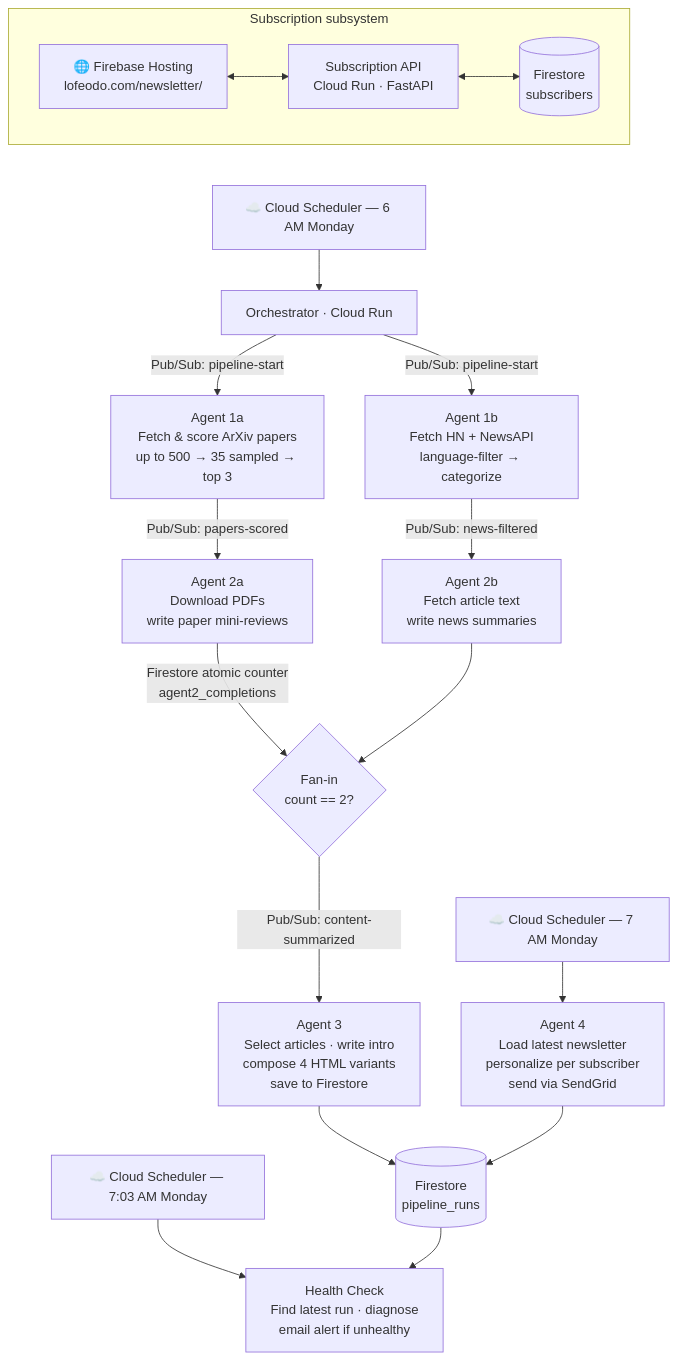
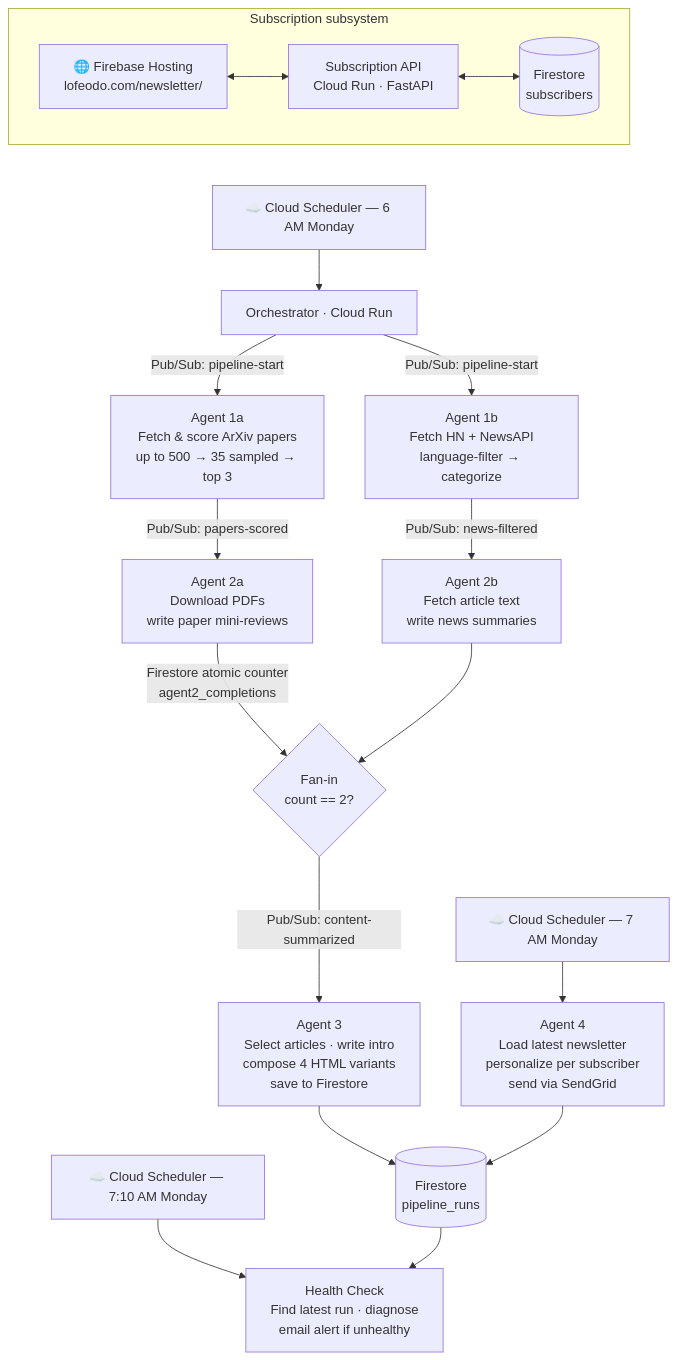
The diagram in README.md (lofeodo/ai-news-agent), drawn with Mermaid before and after one commit. The commit also changed other lines of this file and 2 other files, not shown here.

Commit message:
docs: correct health check schedule to 7:10 AM Monday
Was documented as 7:03 AM; actual Scheduler job runs at 7:10 AM.

````diff
--- a/README.md
+++ b/README.md
@@ -9,33 +9,33 @@
 ```mermaid
 flowchart TB
     subgraph SUB["Subscription subsystem"]
         direction LR
         FE["🌐 Firebase Hosting\nlofeodo.com/newsletter/"] <--> SUBS["Subscription API\nCloud Run · FastAPI"]
         SUBS <--> FSS[("Firestore\nsubscribers")]
     end
 
     SUB ~~~ CS1
 
     CS1["☁️ Cloud Scheduler — 6 AM Monday"] --> ORC["Orchestrator · Cloud Run"]
 
     ORC -->|"Pub/Sub: pipeline-start"| A1A["Agent 1a\nFetch & score ArXiv papers\nup to 500 → 35 sampled → top 3"]
     ORC -->|"Pub/Sub: pipeline-start"| A1B["Agent 1b\nFetch HN + NewsAPI\nlanguage-filter → categorize"]
 
     A1A -->|"Pub/Sub: papers-scored"| A2A["Agent 2a\nDownload PDFs\nwrite paper mini-reviews"]
     A1B -->|"Pub/Sub: news-filtered"| A2B["Agent 2b\nFetch article text\nwrite news summaries"]
 
     A2A -->|"Firestore atomic counter\nagent2_completions"| FAN{"Fan-in\ncount == 2?"}
     A2B --> FAN
 
     FAN -->|"Pub/Sub: content-summarized"| A3["Agent 3\nSelect articles · write intro\ncompose 4 HTML variants\nsave to Firestore"]
 
     FAN ~~~ CS2
     CS2["☁️ Cloud Scheduler — 7 AM Monday"] --> A4["Agent 4\nLoad latest newsletter\npersonalize per subscriber\nsend via SendGrid"]
 
     A3 --> FSP[("Firestore\npipeline_runs")]
     A4 --> FSP
 
     FAN ~~~ CS3
-    CS3["☁️ Cloud Scheduler — 7:03 AM Monday"] --> HC["Health Check\nFind latest run · diagnose\nemail alert if unhealthy"]
+    CS3["☁️ Cloud Scheduler — 7:10 AM Monday"] --> HC["Health Check\nFind latest run · diagnose\nemail alert if unhealthy"]
     FSP --> HC
 ```
````
